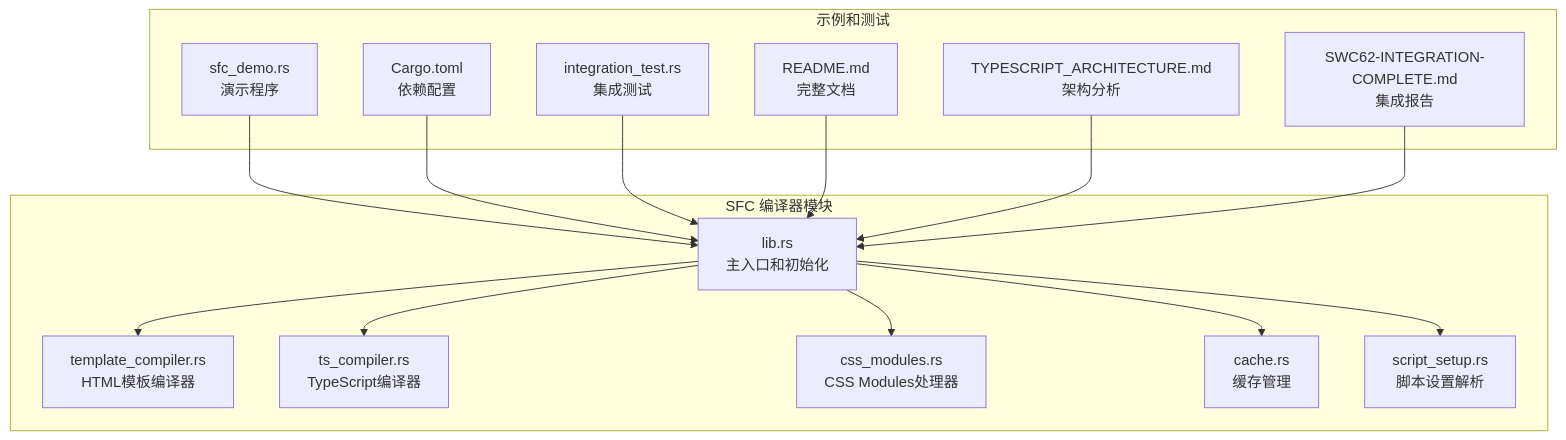
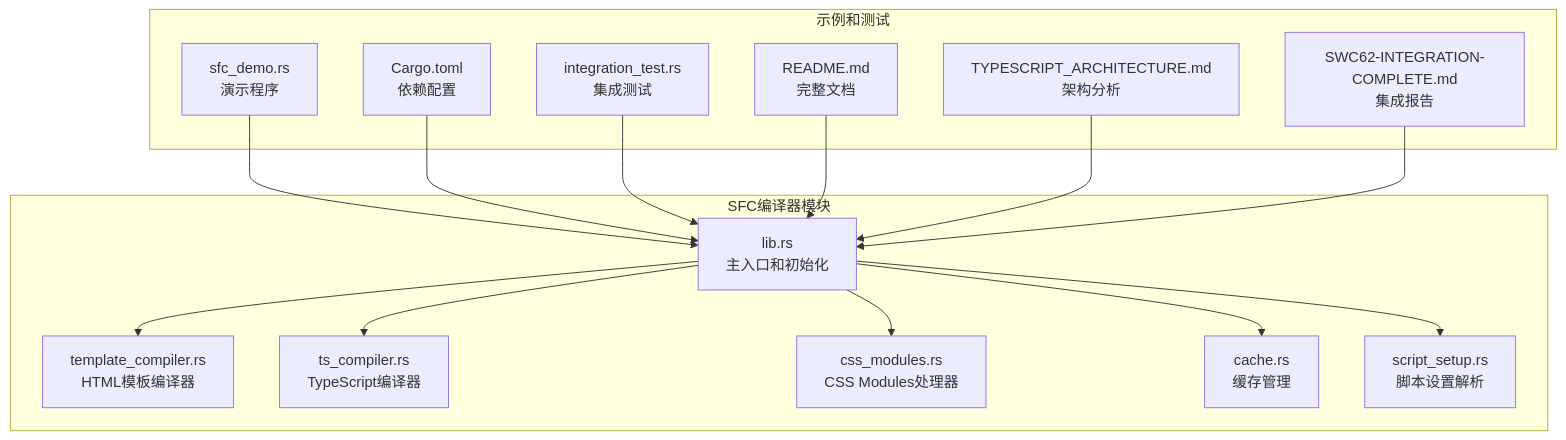
The first of 23 diagrams in .qoder/repowiki/zh/content/技术架构详解/即时转译系统/SFC编译器初始化机制/SFC编译器初始化机制.md (itszzl-sudo/iris), drawn with Mermaid before and after one commit. The commit also changed other lines of this file and 7 other files, not shown here.

````diff
--- a/.qoder/repowiki/zh/content/技术架构详解/即时转译系统/SFC编译器初始化机制/SFC编译器初始化机制.md
+++ b/.qoder/repowiki/zh/content/技术架构详解/即时转译系统/SFC编译器初始化机制/SFC编译器初始化机制.md
@@ -58,30 +59,30 @@
 ```mermaid
 graph TB
-subgraph "SFC 编译器模块"
+subgraph "SFC编译器模块"
 A[lib.rs<br/>主入口和初始化]
 B[template_compiler.rs<br/>HTML模板编译器]
 C[ts_compiler.rs<br/>TypeScript编译器]
 D[css_modules.rs<br/>CSS Modules处理器]
 E[cache.rs<br/>缓存管理]
 F[script_setup.rs<br/>脚本设置解析]
 end
 subgraph "示例和测试"
 G[sfc_demo.rs<br/>演示程序]
 H[Cargo.toml<br/>依赖配置]
 I[integration_test.rs<br/>集成测试]
 J[README.md<br/>完整文档]
 K[TYPESCRIPT_ARCHITECTURE.md<br/>架构分析]
 L[SWC62-INTEGRATION-COMPLETE.md<br/>集成报告]
 end
 A --> B
 A --> C
 A --> D
 A --> E
 A --> F
 G --> A
 H --> A
 I --> A
 J --> A
 K --> A
 L --> A
 ```
````
